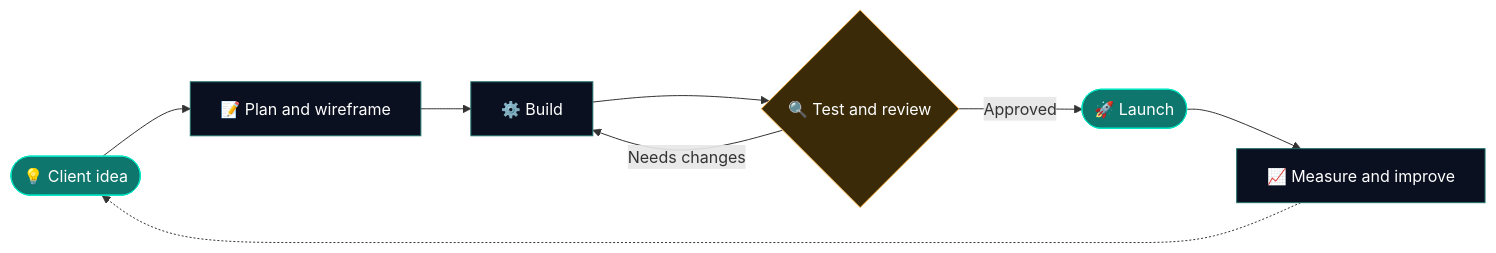
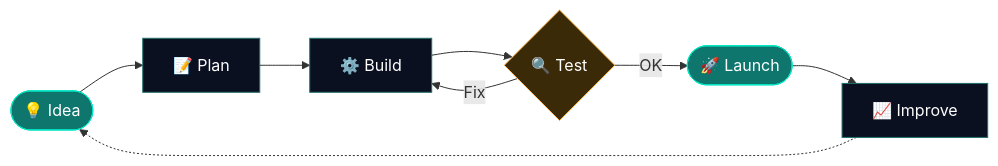
Before and after one commit to gaber111/gaber111: the diagram in README.md, drawn with Mermaid. The commit also changed other lines of this file, not shown here.

Commit message:
Fix image paths in README.md
Updated image paths in README.md to reference files directly instead of the assets folder.

````diff
--- a/README.md
+++ b/README.md
@@ -193,17 +193,17 @@
 ```mermaid
 flowchart LR
-    A(["💡 Client idea"]) --> B["📝 Plan and wireframe"]
+    A(["💡 Idea"]) --> B["📝 Plan"]
     B --> C["⚙️ Build"]
-    C --> D{"🔍 Test and review"}
-    D -->|Needs changes| C
-    D -->|Approved| E(["🚀 Launch"])
-    E --> F["📈 Measure and improve"]
+    C --> D{"🔍 Test"}
+    D -->|Fix| C
+    D -->|OK| E(["🚀 Launch"])
+    E --> F["📈 Improve"]
     F -.-> A
 
     classDef start fill:#0F766E,stroke:#00E5C3,color:#ffffff;
     classDef step fill:#0B1020,stroke:#1F6F6A,color:#ffffff;
     classDef gate fill:#3a2a08,stroke:#FFB547,color:#ffffff;
     class A,E start;
     class B,C,F step;
     class D gate;
 ```
````
